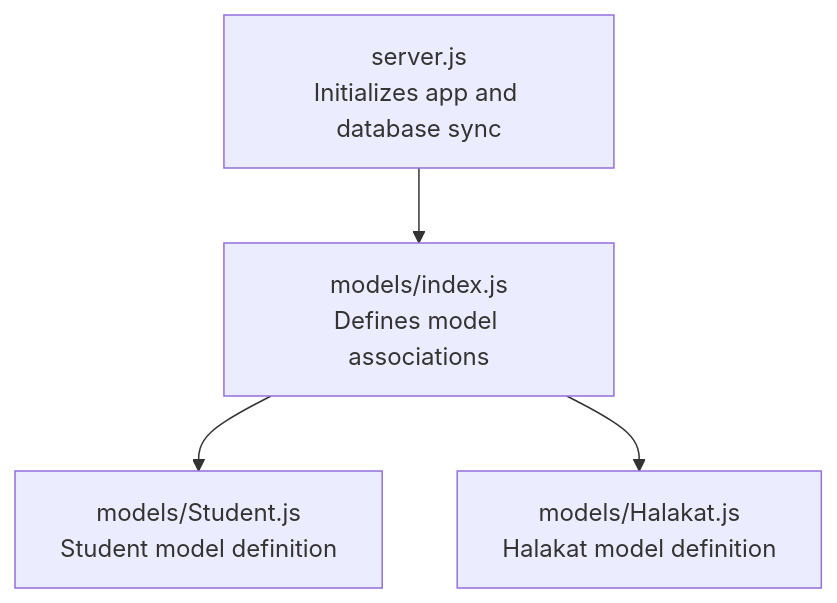
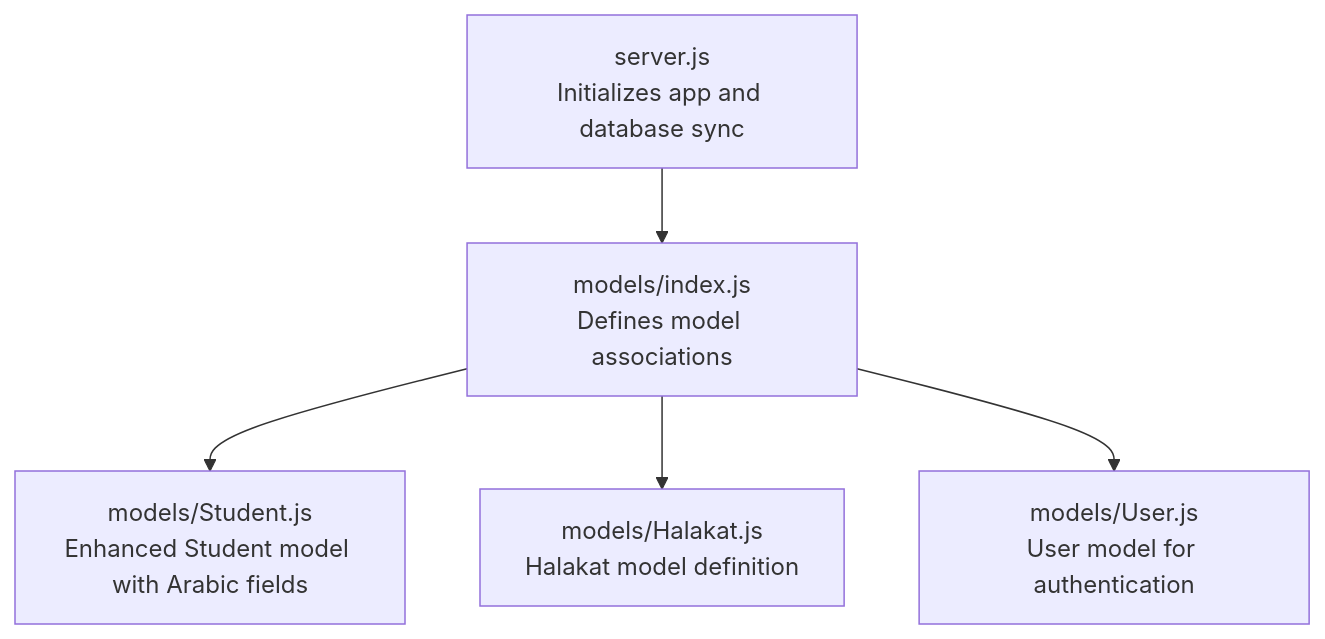
The first of 7 diagrams in .qoder/repowiki/en/content/Database Design/Student Model.md (Mreng78/khirocom_project), drawn with Mermaid before and after one commit. The commit also changed other lines of this file and 13 other files, not shown here.

````diff
--- a/.qoder/repowiki/en/content/Database Design/Student Model.md
+++ b/.qoder/repowiki/en/content/Database Design/Student Model.md
@@ -28,6 +41,7 @@
 ```mermaid
 graph TB
 Server["server.js<br/>Initializes app and database sync"] --> ModelsIndex["models/index.js<br/>Defines model associations"]
-ModelsIndex --> StudentModel["models/Student.js<br/>Student model definition"]
+ModelsIndex --> StudentModel["models/Student.js<br/>Enhanced Student model with Arabic fields"]
 ModelsIndex --> HalakatModel["models/Halakat.js<br/>Halakat model definition"]
+ModelsIndex --> UserModel["models/User.js<br/>User model for authentication"]
 ```
````
